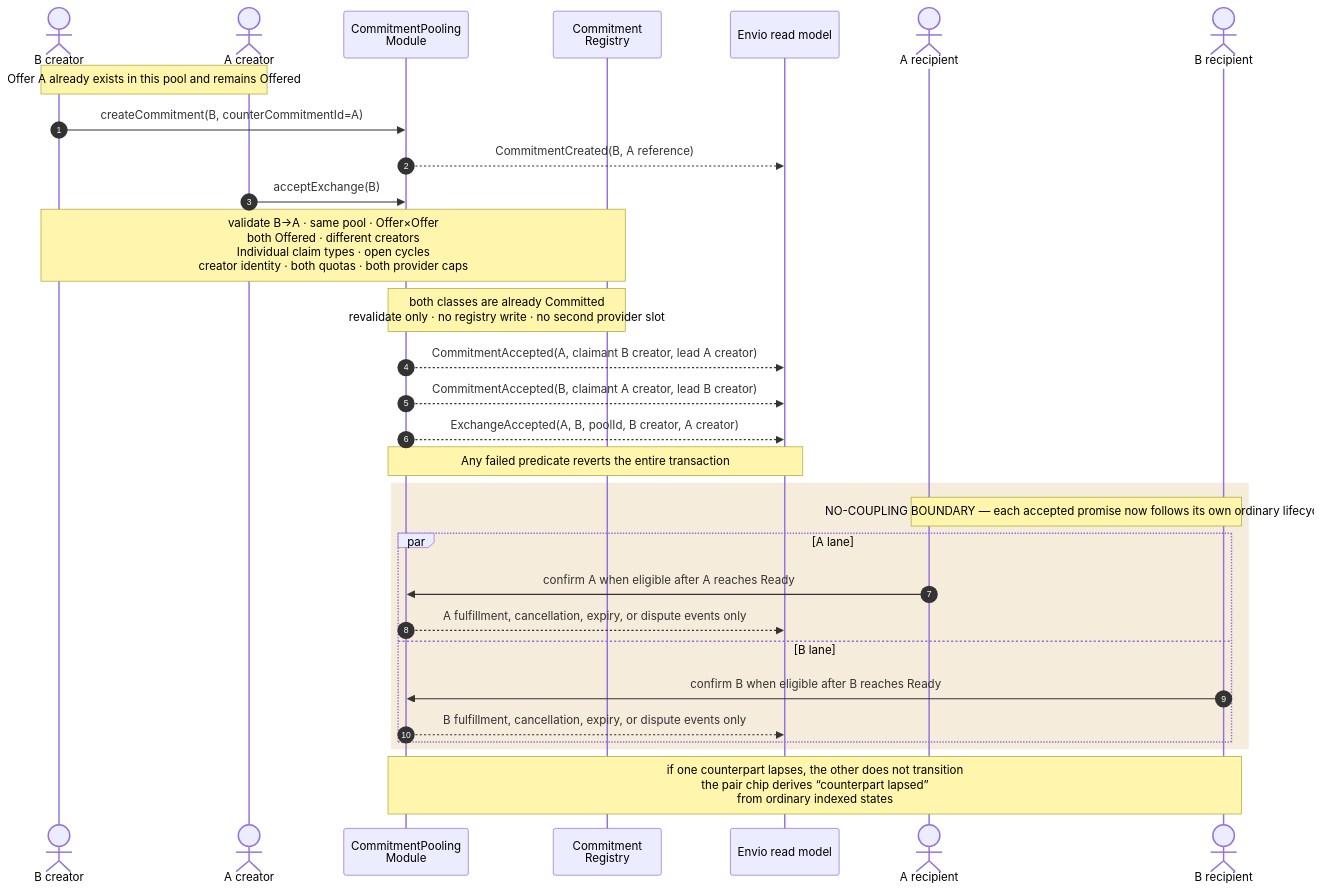
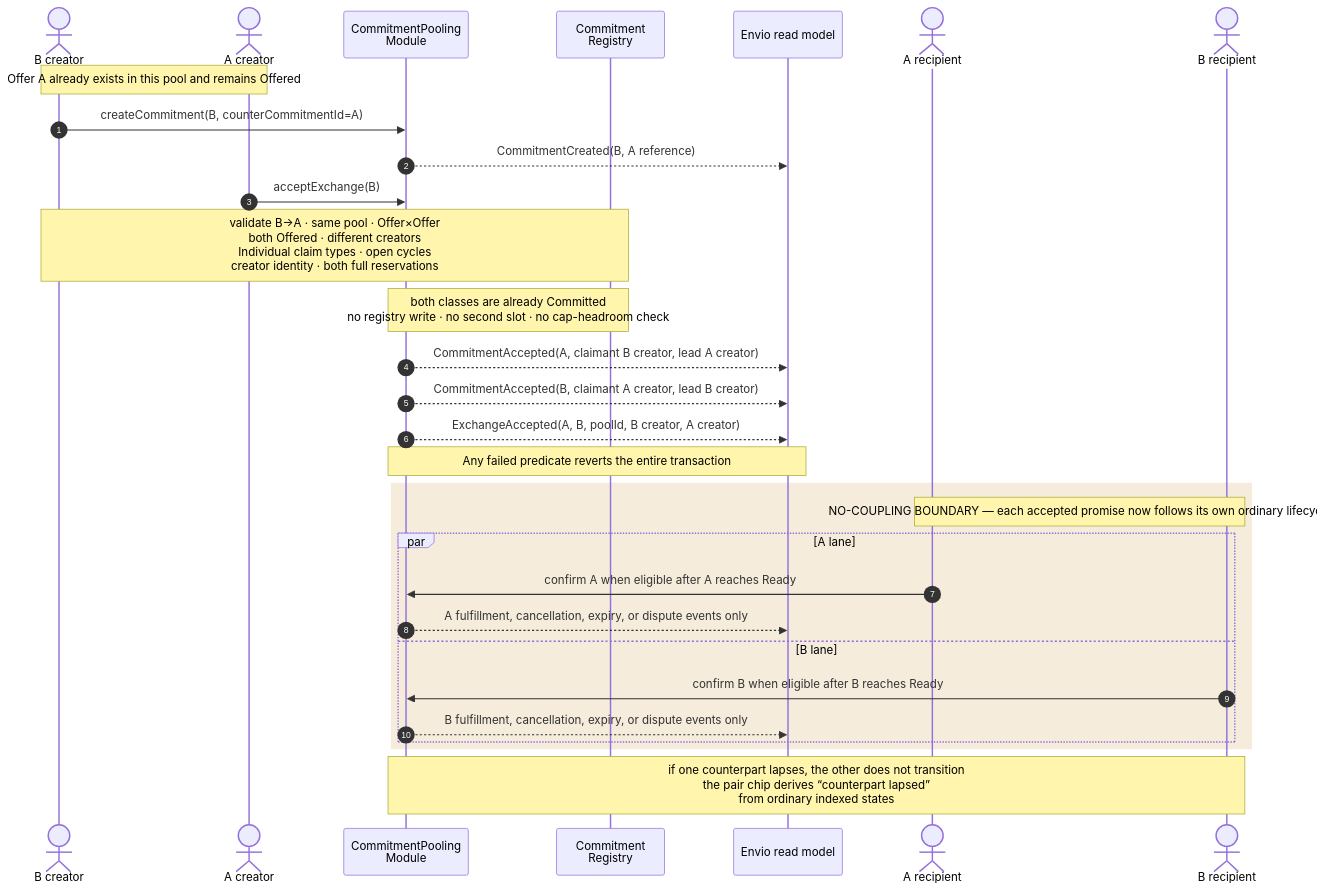
Before and after one commit to greenpill-dev-guild/green-goods: diagram 19 of 40 in .plans/active/commitment-pooling/diagrams.md, drawn with Mermaid. The commit also changed other lines of this file and 5 other files, not shown here.

````diff
--- a/.plans/active/commitment-pooling/diagrams.md
+++ b/.plans/active/commitment-pooling/diagrams.md
@@ -1008,34 +1008,34 @@
 ```mermaid
 sequenceDiagram
   autonumber
   actor BC as B creator
   actor AC as A creator
   participant M as CommitmentPooling<br/>Module
   participant R as Commitment<br/>Registry
   participant I as Envio read model
   actor AR as A recipient
   actor BR as B recipient
 
   Note over BC,AC: Offer A already exists in this pool and remains Offered
   BC->>M: createCommitment(B, counterCommitmentId=A)
   M-->>I: CommitmentCreated(B, A reference)
   AC->>M: acceptExchange(B)
-  Note over BC,R: validate B→A · same pool · Offer×Offer<br/>both Offered · different creators<br/>Individual claim types · open cycles<br/>creator identity · both quotas · both provider caps
-  Note over M,R: both classes are already Committed<br/>revalidate only · no registry write · no second provider slot
+  Note over BC,R: validate B→A · same pool · Offer×Offer<br/>both Offered · different creators<br/>Individual claim types · open cycles<br/>creator identity · both full reservations
+  Note over M,R: both classes are already Committed<br/>no registry write · no second slot · no cap-headroom check
   M-->>I: CommitmentAccepted(A, claimant B creator, lead A creator)
   M-->>I: CommitmentAccepted(B, claimant A creator, lead B creator)
   M-->>I: ExchangeAccepted(A, B, poolId, B creator, A creator)
   Note over M,I: Any failed predicate reverts the entire transaction
 
   rect rgb(246, 236, 220)
     Note over AR,BR: NO-COUPLING BOUNDARY — each accepted promise now follows its own ordinary lifecycle
     par A lane
       AR->>M: confirm A when eligible after A reaches Ready
       M-->>I: A fulfillment, cancellation, expiry, or dispute events only
     and B lane
       BR->>M: confirm B when eligible after B reaches Ready
       M-->>I: B fulfillment, cancellation, expiry, or dispute events only
     end
   end
   Note over M,BR: if one counterpart lapses, the other does not transition<br/>the pair chip derives “counterpart lapsed”<br/>from ordinary indexed states
 ```
````
